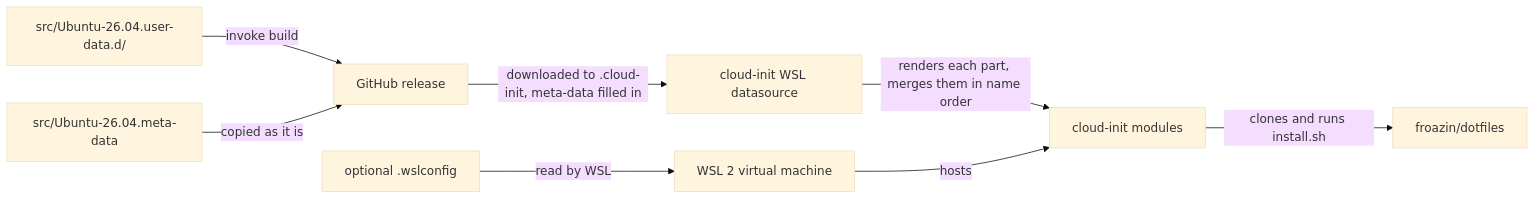
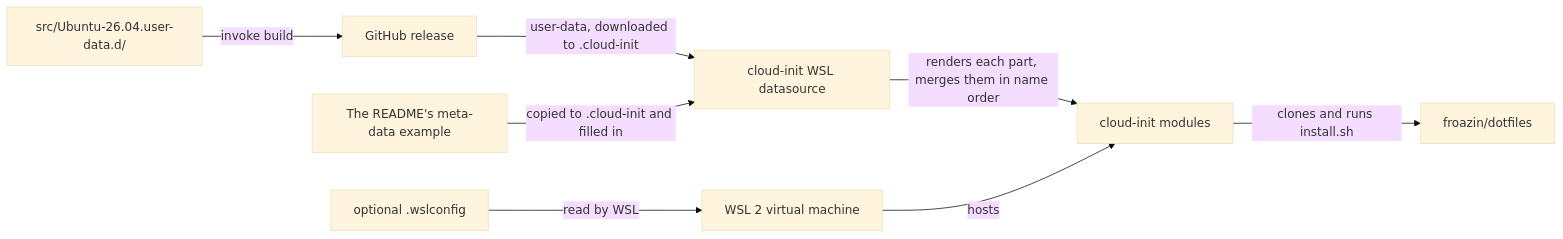
The diagram in README.md (froazin/wsl), drawn with Mermaid (base theme) before and after one commit. The commit also changed other lines of this file and 18 other files, not shown here.

First line of the commit message:
refactor(cloud-init): Replace the meta-data template with a README example

````diff
--- a/README.md
+++ b/README.md
@@ -135,12 +176,12 @@
 ```mermaid
 flowchart LR
     accTitle: How the files reach the instance
-    accDescr: invoke build joins the parts in src into one MIME user-data, and the release workflow publishes it with the meta-data template. You download both into your Windows profile and fill in the meta-data. cloud-init's WSL datasource reads them, renders each part's Jinja with the meta-data, merges the parts in name order and runs the cloud-config, which installs the dotfiles for the user and for root. WSL reads the optional .wslconfig.
+    accDescr: invoke build joins the parts in src into one MIME user-data, and the release workflow publishes it. You download it into your Windows profile, and write the meta-data beside it from the README's example. cloud-init's WSL datasource reads them, renders each part's Jinja with the meta-data, merges the parts in name order and runs the cloud-config, which installs the dotfiles for the user and for root. WSL reads the optional .wslconfig.
     parts["src/Ubuntu-26.04.user-data.d/"] -->|"invoke build"| release["GitHub release"]
-    meta["src/Ubuntu-26.04.meta-data"] -->|"copied as it is"| release
-    release -->|"downloaded to .cloud-init, meta-data filled in"| ds["cloud-init WSL datasource"]
+    release -->|"user-data, downloaded to .cloud-init"| ds["cloud-init WSL datasource"]
+    example["The README's meta-data example"] -->|"copied to .cloud-init and filled in"| ds
     ds -->|"renders each part, merges them in name order"| modules["cloud-init modules"]
     wslconfig["optional .wslconfig"] -->|"read by WSL"| vm["WSL 2 virtual machine"]
     vm -->|hosts| modules
     modules -->|"clones and runs install.sh"| dotfiles["froazin/dotfiles"]
 ```
````
